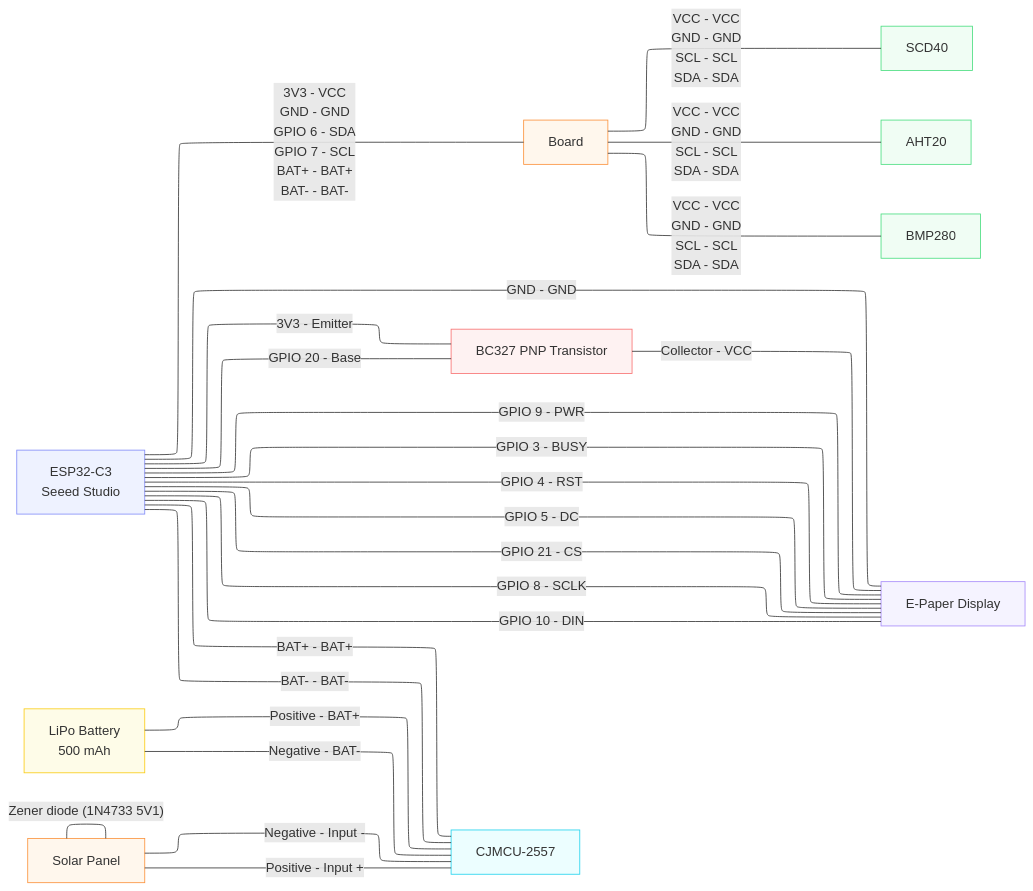
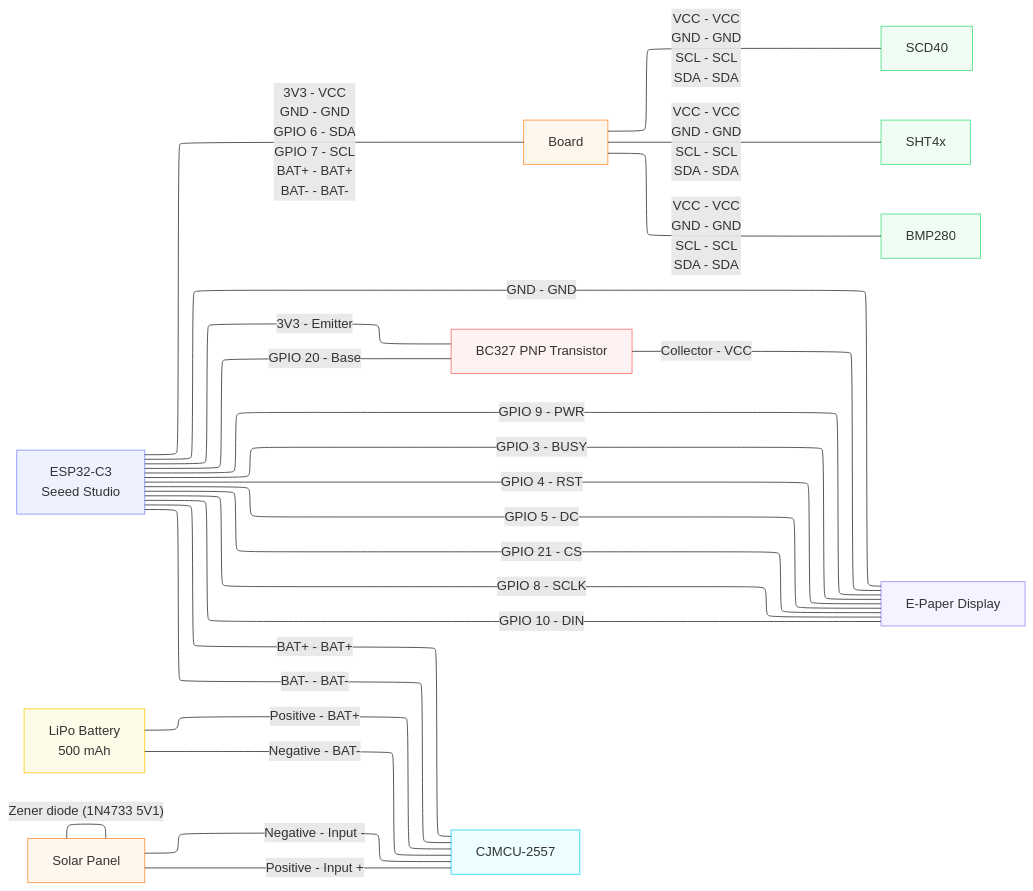
One commit to EbrithilNogare/AirAnalyzer changed the diagram in README.md. Above: the diagram before and after it, drawn with Mermaid. The commit also changed other lines of this file and 5 other files, not shown here.

Commit message:
Update sensor references from AHT to SHT4x in documentation and code

````diff
--- a/README.md
+++ b/README.md
@@ -27,50 +27,50 @@
 ```mermaid
 ---
 config:
   layout: elk
 ---
 flowchart LR
     ESP["ESP32-C3<br>Seeed Studio"] -- "3V3 - VCC<br>GND - GND<br>GPIO 6 - SDA<br>GPIO 7 - SCL<br>BAT+ - BAT+<br>BAT- - BAT-" --- Board["Board"]
 
-    Board -- "VCC - VCC<br>GND - GND<br>SCL - SCL<br>SDA - SDA" --- SCD40["SCD40"] & AHT20["AHT20"] & BMP280["BMP280"]
+    Board -- "VCC - VCC<br>GND - GND<br>SCL - SCL<br>SDA - SDA" --- SCD40["SCD40"] & SHT4x["SHT4x"] & BMP280["BMP280"]
 
     ESP -- "GPIO 20 - Base" --- Transistor["BC327 PNP Transistor"]
     Transistor -- "Collector - VCC" --- Display["E-Paper Display"]
     ESP -- "GPIO 9 - PWR" --- Display
     ESP -- "GPIO 3 - BUSY" --- Display
     ESP -- "GPIO 4 - RST" --- Display
     ESP -- "GPIO 5 - DC" --- Display
     ESP -- "GPIO 21 - CS" --- Display
     ESP -- "GPIO 8 - SCLK" --- Display
     ESP -- "GPIO 10 - DIN" --- Display
     ESP -- "GND - GND" --- Display
     ESP -- "3V3 - Emitter" --- Transistor
 
     ESP -- "BAT+ - BAT+" --- Charger["CJMCU-2557"]
     ESP -- "BAT- - BAT-" --- Charger
     Battery["LiPo Battery<br>500 mAh"] -- "Positive - BAT+" --- Charger
     Battery -- "Negative - BAT-" --- Charger
     Solar["Solar Panel"] -- "Positive - Input +" --- Charger
     Solar -- "Negative - Input -" --- Charger
     Solar -- "Zener diode (1N4733 5V1)" --- Solar
 
     ESP:::controller
     Board:::board
     SCD40:::sensor
-    AHT20:::sensor
+    SHT4x:::sensor
     BMP280:::sensor
     Transistor:::transistor
     Display:::display
     Charger:::charger
     Battery:::battery
     Solar:::solar
 
     classDef controller stroke:#818cf8,fill:#eef2ff
     classDef board stroke:#fb923c,fill:#fff7ed
     classDef sensor stroke:#4ade80,fill:#f0fdf4
     classDef transistor stroke:#f87171,fill:#fef2f2
     classDef display stroke:#a78bfa,fill:#f5f3ff
     classDef charger stroke:#22d3ee,fill:#ecfeff
     classDef battery stroke:#facc15,fill:#fefce8
     classDef solar stroke:#fb923c,fill:#fff7ed
 ```
````
